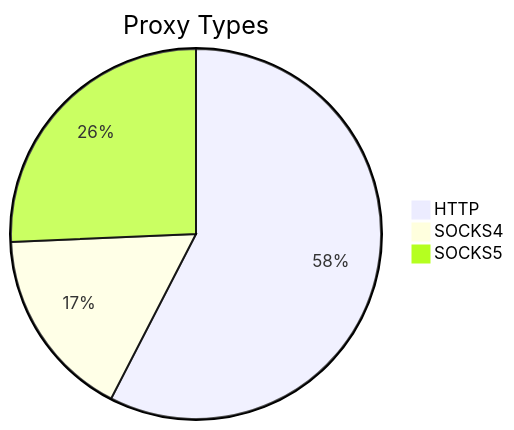
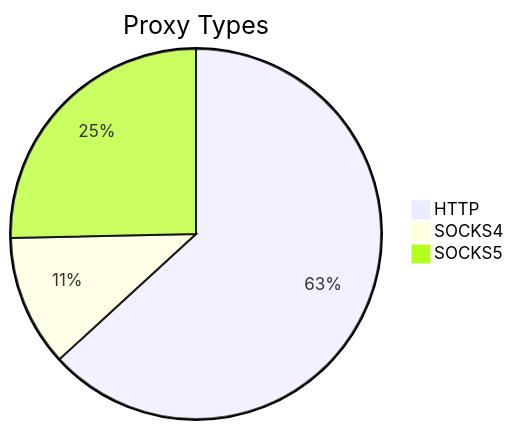
One commit to stormsia/proxy-list changed the first of 2 diagrams in README.md. Above: the diagram before and after it, drawn with Mermaid. The commit also changed other lines of this file, not shown here.

````diff
--- a/README.md
+++ b/README.md
@@ -21,6 +21,6 @@
 ```mermaid
 pie title Proxy Types
-    "HTTP" : 399
-    "SOCKS4" : 116
-    "SOCKS5" : 178
+    "HTTP" : 369
+    "SOCKS4" : 67
+    "SOCKS5" : 148
 ```
````
